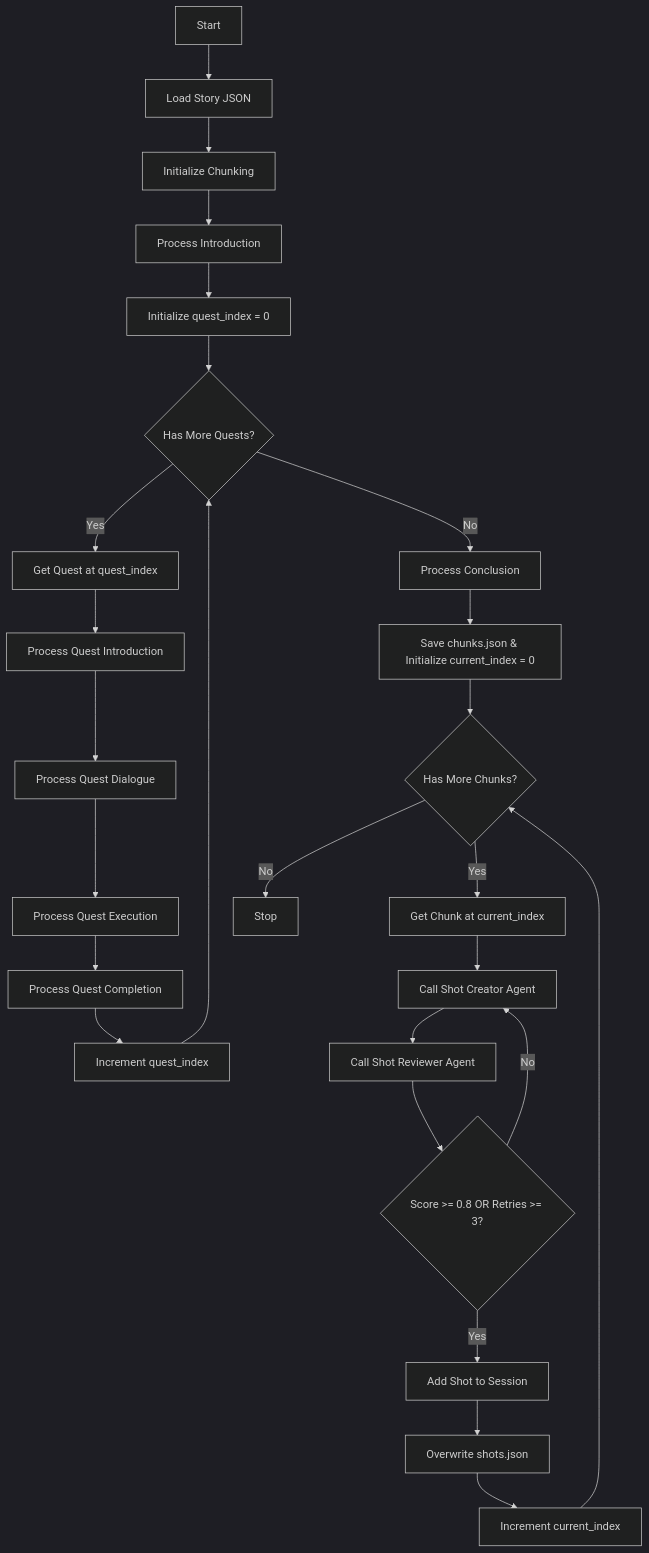
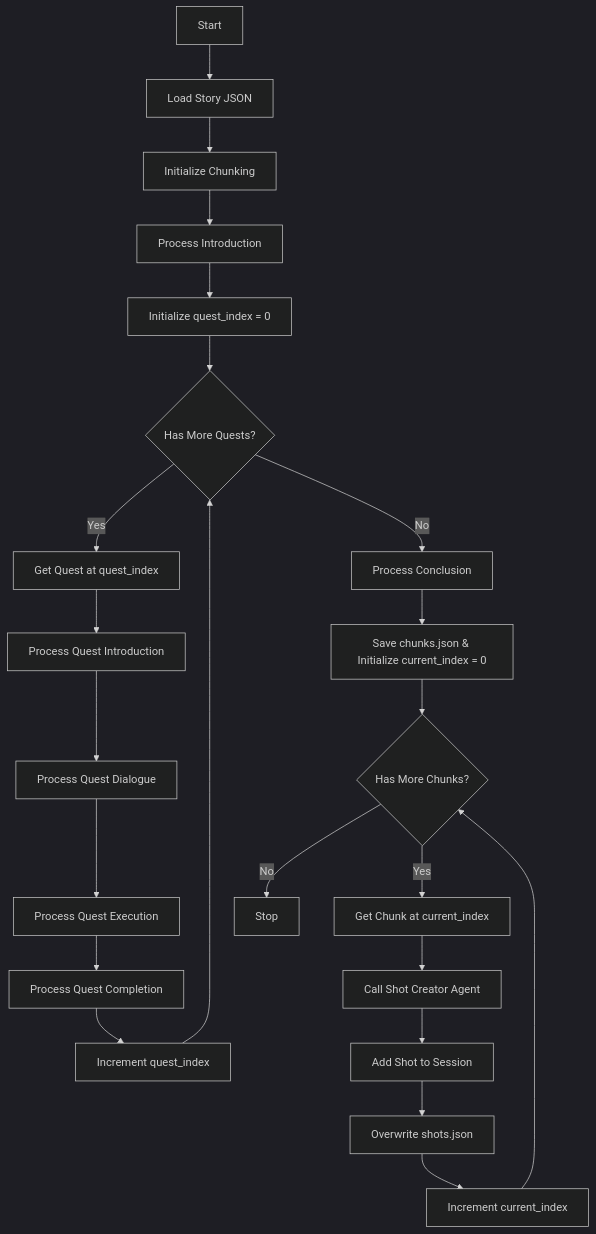
Before and after one commit to kaushikhazra/Mythline: the diagram in docs/design_shot_creator.md, drawn with Mermaid (dark theme). The commit also changed other lines of this file and 91 other files, not shown here.

````diff
--- a/docs/design_shot_creator.md
+++ b/docs/design_shot_creator.md
@@ -83,28 +83,25 @@
 ```mermaid
 flowchart TB
     Start[Start] --> LoadStory
     LoadStory[Load Story JSON] --> InitializeChunking
     InitializeChunking[Initialize Chunking] --> ProcessIntroduction
     ProcessIntroduction[Process Introduction] --> InitializeQuestIndex
     InitializeQuestIndex[Initialize quest_index = 0] --> CheckHasMoreQuests{Has More Quests?}
     CheckHasMoreQuests --> |Yes| GetNextQuest
     CheckHasMoreQuests --> |No| ProcessConclusion
     GetNextQuest[Get Quest at quest_index] --> ProcessQuestIntroduction
     ProcessQuestIntroduction[Process Quest Introduction] --> ProcessQuestDialogue
     ProcessQuestDialogue[Process Quest Dialogue] --> ProcessQuestExecution
     ProcessQuestExecution[Process Quest Execution] --> ProcessQuestCompletion
     ProcessQuestCompletion[Process Quest Completion] --> IncrementQuestIndex
     IncrementQuestIndex[Increment quest_index] --> CheckHasMoreQuests
     ProcessConclusion[Process Conclusion] --> InitializeShotIndex
     InitializeShotIndex[Save chunks.json & Initialize current_index = 0] --> CheckHasMoreChunks{Has More Chunks?}
     CheckHasMoreChunks --> |Yes| GetChunk
     CheckHasMoreChunks --> |No| End[Stop]
     GetChunk[Get Chunk at current_index] --> CreateShot
-    CreateShot[Call Shot Creator Agent] --> ReviewShot
-    ReviewShot[Call Shot Reviewer Agent] --> CheckReview{Score >= 0.8 OR Retries >= 3?}
-    CheckReview --> |No| CreateShot
-    CheckReview --> |Yes| StoreShot
+    CreateShot[Call Shot Creator Agent] --> StoreShot
     StoreShot[Add Shot to Session] --> WriteShotsFile
     WriteShotsFile[Overwrite shots.json] --> IncrementChunkIndex
     IncrementChunkIndex[Increment current_index] --> CheckHasMoreChunks
 ```
````
